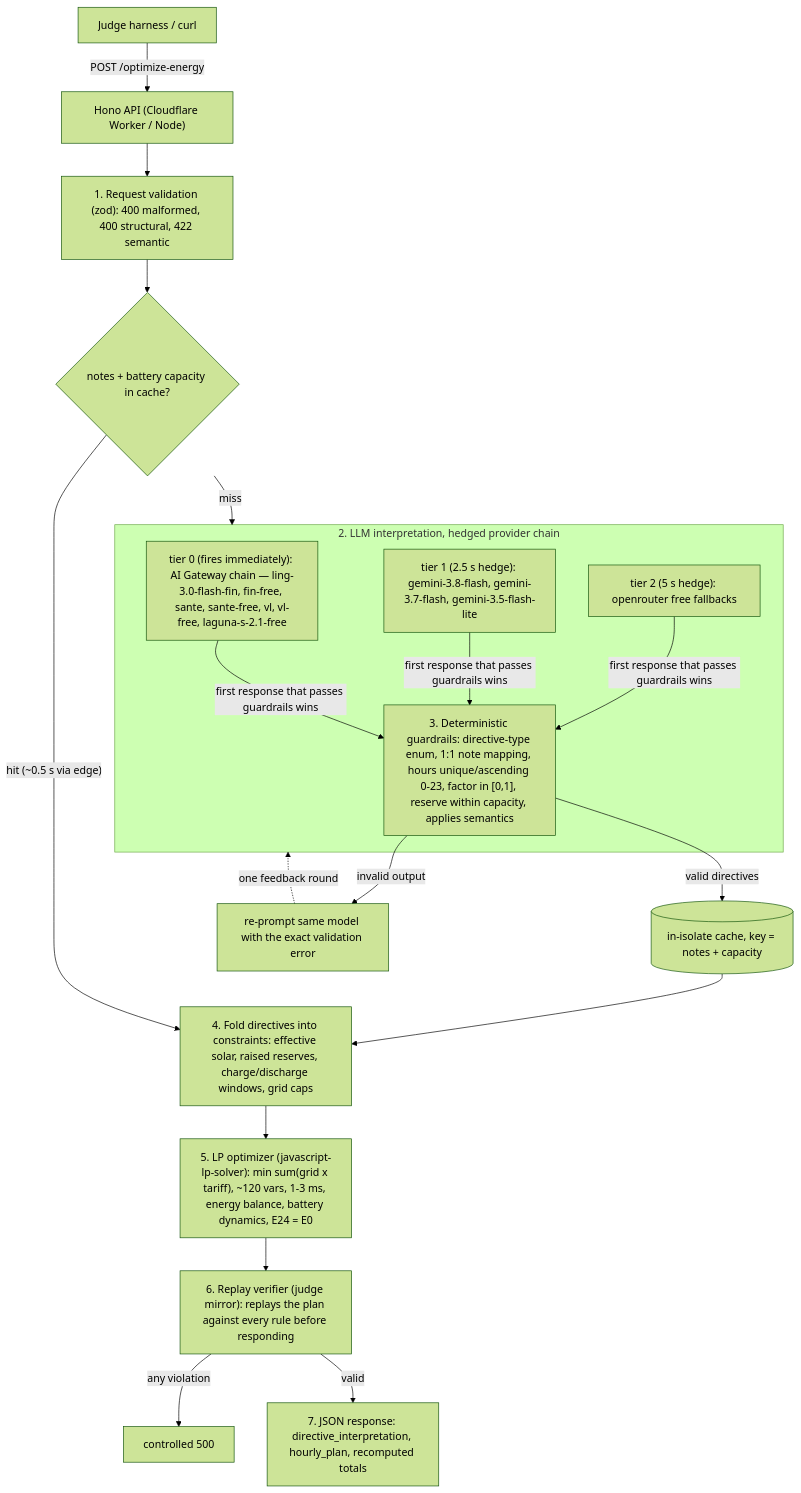
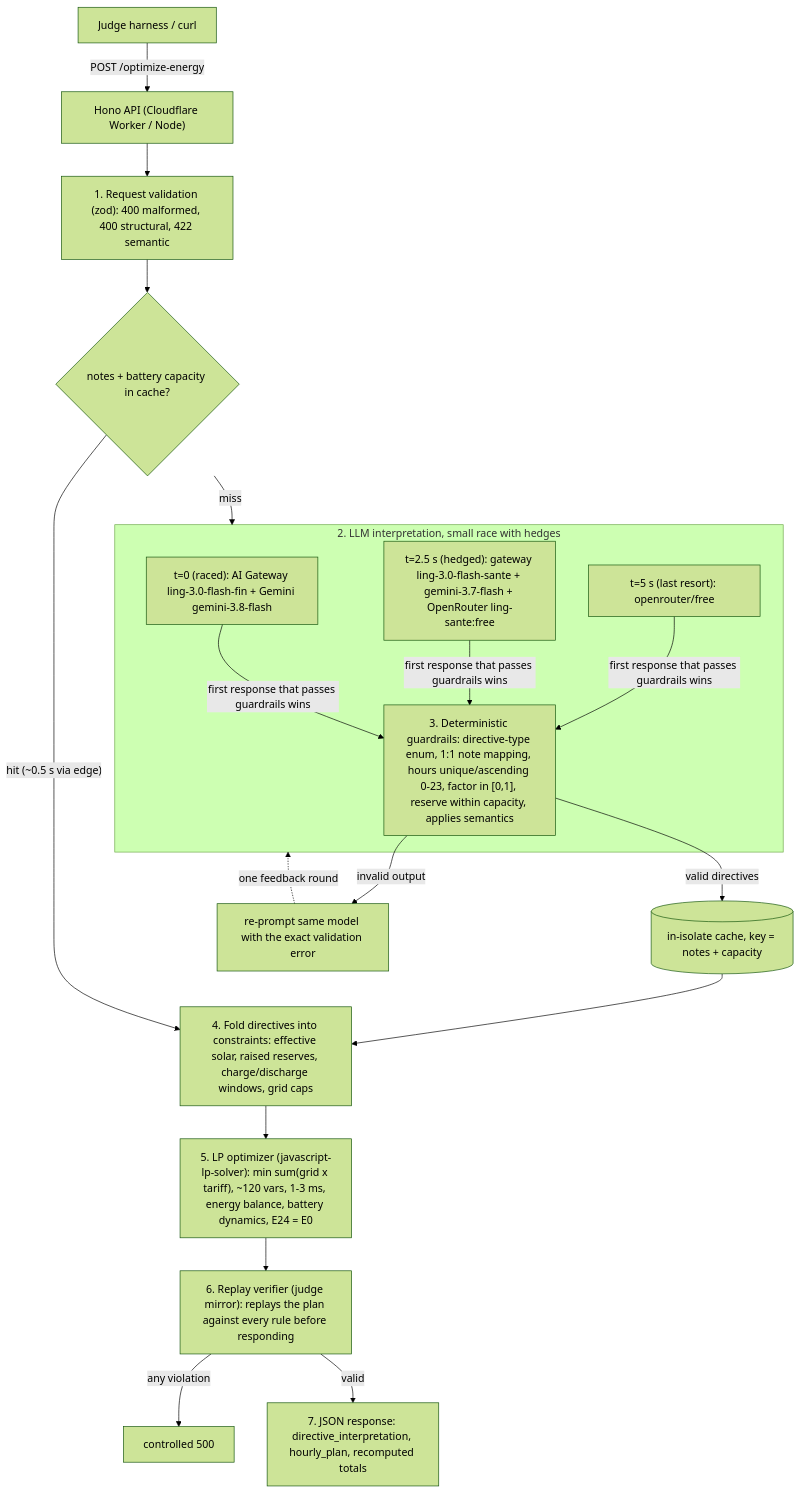
Before and after one commit to Seyamalam/BUP_HACKATHON: the diagram in README.md, drawn with Mermaid (forest theme). The commit also changed other lines of this file and 21 other files, not shown here.

Commit message:
Trim LLM race to 2 typical calls (cross-provider pair + per-chain hedges), smaller video subtitles, Docker 1.3.0

````diff
--- a/README.md
+++ b/README.md
@@ -14,23 +14,23 @@
 ```mermaid
 flowchart TD
     J["Judge harness / curl"] -->|"POST /optimize-energy"| A["Hono API (Cloudflare Worker / Node)"]
     A --> S1["1. Request validation (zod): 400 malformed, 400 structural, 422 semantic"]
     S1 --> Q{"notes + battery capacity in cache?"}
     Q -->|"hit (~0.5 s via edge)"| APPLY
     Q -->|miss| RACE
-    subgraph RACE["2. LLM interpretation, hedged provider chain"]
-        T0["tier 0 (fires immediately): AI Gateway chain — ling-3.0-flash-fin, fin-free, sante, sante-free, vl, vl-free, laguna-s-2.1-free"]
-        T1["tier 1 (2.5 s hedge): gemini-3.8-flash, gemini-3.7-flash, gemini-3.5-flash-lite"]
-        T2["tier 2 (5 s hedge): openrouter free fallbacks"]
+    subgraph RACE["2. LLM interpretation, small race with hedges"]
+        T0["t=0 (raced): AI Gateway ling-3.0-flash-fin + Gemini gemini-3.8-flash"]
+        T1["t=2.5 s (hedged): gateway ling-3.0-flash-sante + gemini-3.7-flash + OpenRouter ling-sante:free"]
+        T2["t=5 s (last resort): openrouter/free"]
         T0 & T1 & T2 -->|"first response that passes guardrails wins"| G
     end
     G["3. Deterministic guardrails: directive-type enum, 1:1 note mapping, hours unique/ascending 0-23, factor in [0,1], reserve within capacity, applies semantics"]
     G -->|"invalid output"| FB["re-prompt same model with the exact validation error"]
     FB -.->|"one feedback round"| RACE
     G -->|"valid directives"| CACHE[("in-isolate cache, key = notes + capacity")]
     CACHE --> APPLY["4. Fold directives into constraints: effective solar, raised reserves, charge/discharge windows, grid caps"]
     APPLY --> LP["5. LP optimizer (javascript-lp-solver): min sum(grid x tariff), ~120 vars, 1-3 ms, energy balance, battery dynamics, E24 = E0"]
     LP --> VER["6. Replay verifier (judge mirror): replays the plan against every rule before responding"]
     VER -->|"any violation"| ERR["controlled 500"]
     VER -->|"valid"| RESP["7. JSON response: directive_interpretation, hourly_plan, recomputed totals"]
 ```
````
